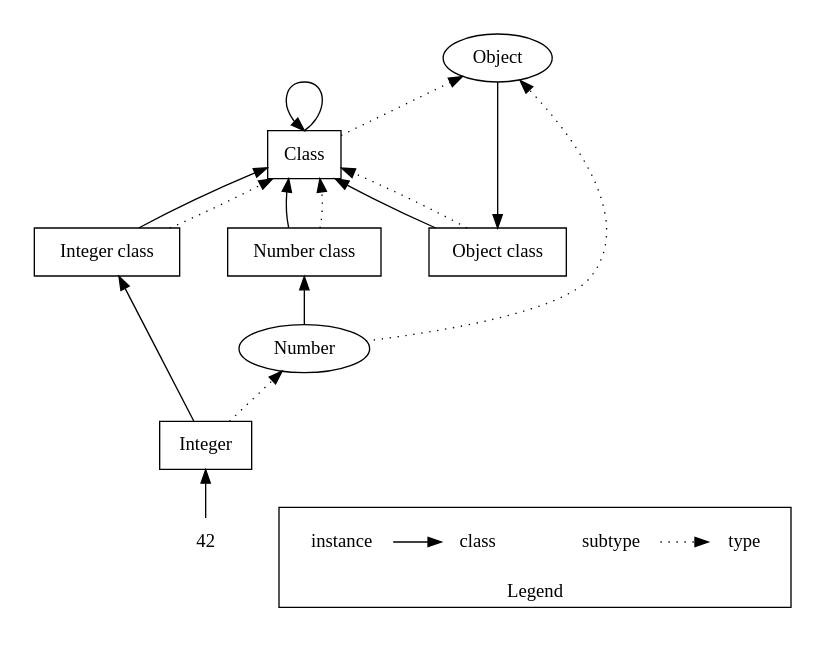
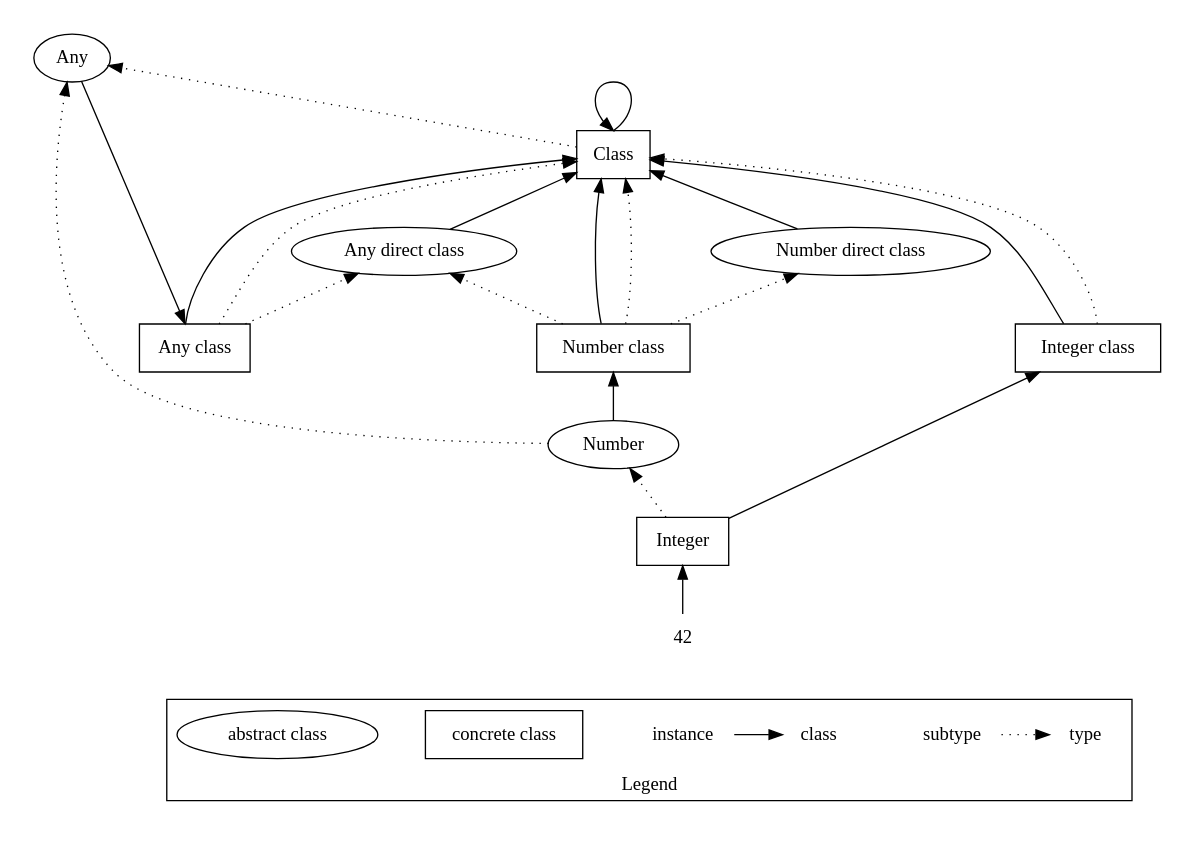
The diagram in docs/design/014-object-model-figure-1.dot (nikodemus/foolang), drawn with Graphviz before and after one commit. The commit also changed 2 other files, not shown here.

Commit message:
design: 014 - Object Model, update
  Explicit instantiation description incl. Layouts, description
  of interface implementation, only one type of inheritance.

```diff
--- a/docs/design/014-object-model-figure-1.dot
+++ b/docs/design/014-object-model-figure-1.dot
@@ -1,40 +1,67 @@
 digraph Classes {
-    rankdir=BT;
-    nodesep="0.5";
-    pad="0.25";
-    node [shape=record];
+    rankdir=BT
+    newrank=true
+    nodesep="0.5"
+    pad="0.25"
+    node [shape=record]
 
-    { rank=same; ObjectClass, NumberClass, IntegerClass };
-    ObjectClass [label="Object class"];
-    NumberClass [label="Number class"];
-    IntegerClass [label="Integer class"];
+    { rank=sink; Any }
+    { rank=same; AnyDirect, NumberDirect }
+    { rank=same; NumberClass, AnyClass, IntegerClass }
 
-    Object [shape=ellipse];
-    Object -> ObjectClass -> Class;
+    Any [shape=ellipse]
+    Any -> AnyClass
 
-    Number [shape=ellipse];
-    Number -> NumberClass -> Class;
+    Class:n -> Class:n
+    Class -> Any [style=dotted]
 
-    Class:n -> Class:n;
+    AnyDirect [label="Any direct class", shape=ellipse]
+    AnyDirect -> Class
 
-    42 [shape=plaintext];
-    42 -> Integer;
-    Integer -> Number [style=dotted];
-    Integer -> IntegerClass -> Class;
+    NumberDirect [label="Number direct class", shape=ellipse]
+    NumberDirect -> Class
 
-    edge [style=dotted];
-    IntegerClass -> Class;
-    Number -> Object;
-    NumberClass -> Class;
-    Class -> Object;
-    ObjectClass -> Class;
+    AnyClass [label="Any class"]
+    AnyClass -> Class
+    AnyClass -> Class [style=dotted]
+    AnyClass -> AnyDirect [style=dotted]
 
-    subgraph cluster_01 {
+    NumberClass [label="Number class"]
+    NumberClass -> Class
+    NumberClass -> Class [style=dotted]
+    NumberClass -> NumberDirect [style=dotted]
+    NumberClass -> AnyDirect [style=dotted]
+
+    IntegerClass [label="Integer class"]
+    IntegerClass -> Class
+    IntegerClass -> Class [style=dotted]
+
+    Number [shape=ellipse]
+    Number -> Any [style=dotted]
+    Number -> NumberClass
+
+    Integer -> IntegerClass
+    Integer -> Number [style=dotted]
+
+    42 [shape=plaintext]
+    42 -> Integer
+
+    compound=true
+
+    subgraph cluster_legend {
         label="Legend";
-        node [shape=plaintext];
-        subtype -> type [style=dotted];
-        instance -> class [style=solid];
         { rank=same; subtype, type }
+        subtype [shape=plaintext]
+        type [shape=plaintext]
         { rank=same; instance, class }
+        instance [shape=plaintext]
+        class [shape=plaintext]
+
+        instance -> class [style=solid]
+        subtype -> type [style=dotted]
+
+        concrete [label="concrete class", shape=record]
+        abstract [label="abstract class", shape=ellipse]
     }
+    instance-> 42 [style=invis]
 }
```
